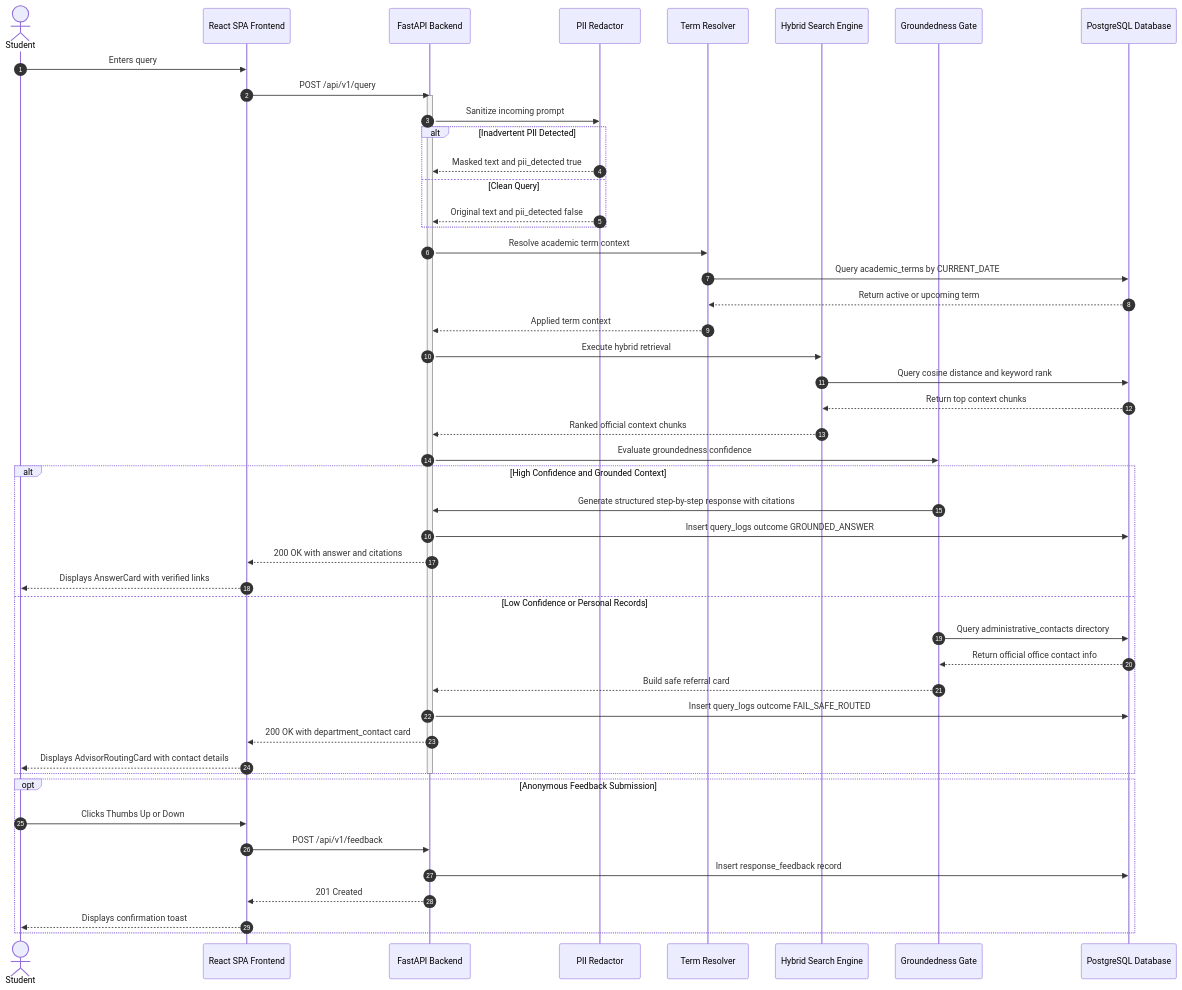
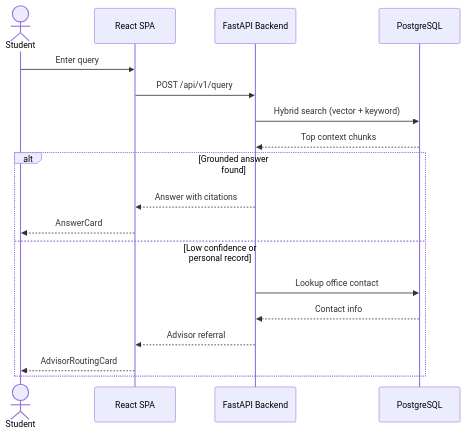
One commit to Chasemep/PNW-Chatbot-Demo-Project changed the second of 2 diagrams in specs/001-pnw-info-assistant/plan.md. Above: the diagram before and after it, drawn with Mermaid. The commit also changed other lines of this file, not shown here.

Commit message:
Simplified mermaid charts in plan

````diff
--- a/specs/001-pnw-info-assistant/plan.md
+++ b/specs/001-pnw-info-assistant/plan.md
@@ -148,57 +110,22 @@
 ```mermaid
 sequenceDiagram
-    autonumber
-    actor Student as Student
-    participant UI as React SPA Frontend
+    actor Student
+    participant UI as React SPA
     participant API as FastAPI Backend
-    participant PII as PII Redactor
-    participant Term as Term Resolver
-    participant Search as Hybrid Search Engine
-    participant Gate as Groundedness Gate
-    participant DB as PostgreSQL Database
+    participant DB as PostgreSQL
 
-    Student->>UI: Enters query
+    Student->>UI: Enter query
     UI->>API: POST /api/v1/query
-    
-    activate API
-    API->>PII: Sanitize incoming prompt
-    alt Inadvertent PII Detected
-        PII-->>API: Masked text and pii_detected true
-    else Clean Query
-        PII-->>API: Original text and pii_detected false
-    end
+    API->>DB: Hybrid search (vector + keyword)
+    DB-->>API: Top context chunks
 
-    API->>Term: Resolve academic term context
-    Term->>DB: Query academic_terms by CURRENT_DATE
-    DB-->>Term: Return active or upcoming term
-    Term-->>API: Applied term context
-
-    API->>Search: Execute hybrid retrieval
-    Search->>DB: Query cosine distance and keyword rank
-    DB-->>Search: Return top context chunks
-    Search-->>API: Ranked official context chunks
-
-    API->>Gate: Evaluate groundedness confidence
-    alt High Confidence and Grounded Context
-        Gate->>API: Generate structured step-by-step response with citations
-        API->>DB: Insert query_logs outcome GROUNDED_ANSWER
-        API-->>UI: 200 OK with answer and citations
-        UI-->>Student: Displays AnswerCard with verified links
-    else Low Confidence or Personal Records
-        Gate->>DB: Query administrative_contacts directory
-        DB-->>Gate: Return official office contact info
-        Gate-->>API: Build safe referral card
-        API->>DB: Insert query_logs outcome FAIL_SAFE_ROUTED
-        API-->>UI: 200 OK with department_contact card
-        UI-->>Student: Displays AdvisorRoutingCard with contact details
-    end
-    deactivate API
-
-    opt Anonymous Feedback Submission
-        Student->>UI: Clicks Thumbs Up or Down
-        UI->>API: POST /api/v1/feedback
-        API->>DB: Insert response_feedback record
-        API-->>UI: 201 Created
-        UI-->>Student: Displays confirmation toast
+    alt Grounded answer found
+        API-->>UI: Answer with citations
+        UI-->>Student: AnswerCard
+    else Low confidence or personal record
+        API->>DB: Lookup office contact
+        DB-->>API: Contact info
+        API-->>UI: Advisor referral
+        UI-->>Student: AdvisorRoutingCard
     end
 ```
````
